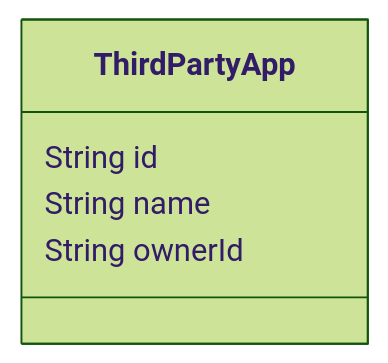
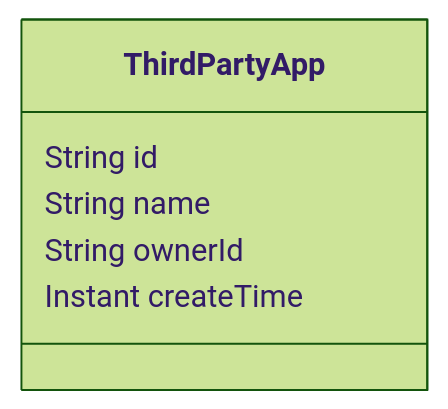
The diagram in geom-service/geom-service-open/src/main/java/io/github/xezzon/geom/third_party_app/README.md (xezzon/zeroweb-spring), drawn with Mermaid (forest theme) before and after one commit. The commit also changed other lines of this file and 9 other files, not shown here.

````diff
--- a/geom-service/geom-service-open/src/main/java/io/github/xezzon/geom/third_party_app/README.md
+++ b/geom-service/geom-service-open/src/main/java/io/github/xezzon/geom/third_party_app/README.md
@@ -11,9 +11,10 @@
 ```mermaid
 classDiagram
   direction RL
   class ThirdPartyApp {
     String id
     String name
     String ownerId
+    Instant createTime
   }
 ```
````
